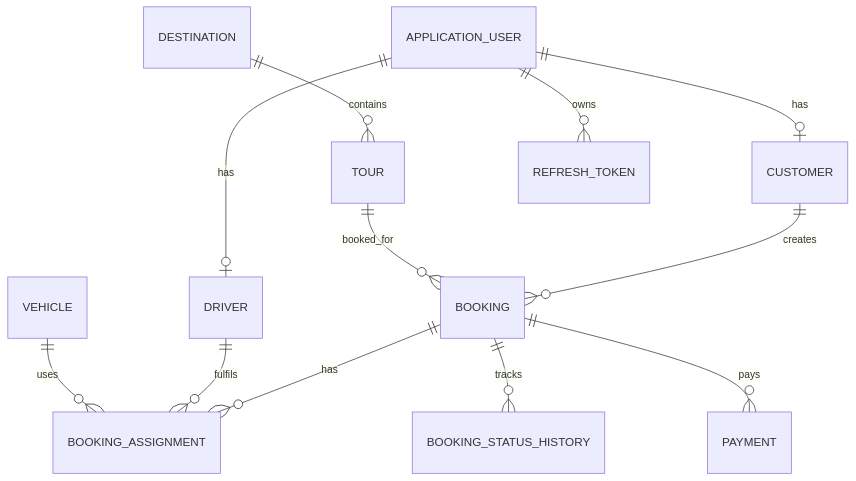
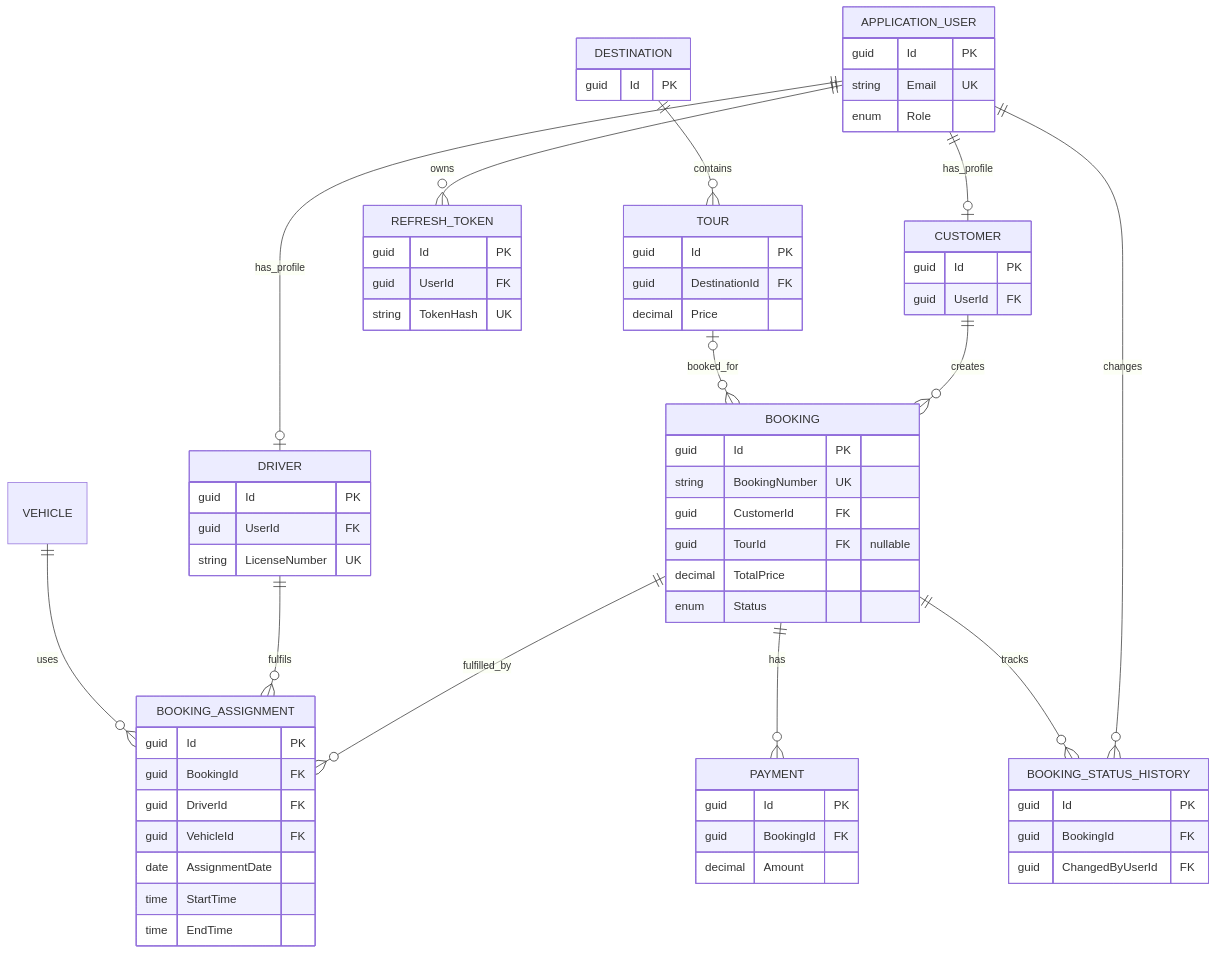
One commit to vaaakoo/TourFlow changed the diagram in docs/database/er-diagram.md. Above: the diagram before and after it, drawn with Mermaid. The commit also changed other lines of this file and 23 other files, not shown here.

````diff
--- a/docs/database/er-diagram.md
+++ b/docs/database/er-diagram.md
@@ -5,14 +5,70 @@
 ```mermaid
 erDiagram
-    APPLICATION_USER ||--o| CUSTOMER : has
-    APPLICATION_USER ||--o| DRIVER : has
+    APPLICATION_USER ||--o| CUSTOMER : has_profile
+    APPLICATION_USER ||--o| DRIVER : has_profile
+    APPLICATION_USER ||--o{ REFRESH_TOKEN : owns
+    APPLICATION_USER ||--o{ BOOKING_STATUS_HISTORY : changes
     CUSTOMER ||--o{ BOOKING : creates
     DESTINATION ||--o{ TOUR : contains
-    TOUR ||--o{ BOOKING : booked_for
-    BOOKING ||--o{ BOOKING_ASSIGNMENT : has
+    TOUR o|--o{ BOOKING : booked_for
+    BOOKING ||--o{ BOOKING_ASSIGNMENT : fulfilled_by
     DRIVER ||--o{ BOOKING_ASSIGNMENT : fulfils
     VEHICLE ||--o{ BOOKING_ASSIGNMENT : uses
     BOOKING ||--o{ BOOKING_STATUS_HISTORY : tracks
-    BOOKING ||--o{ PAYMENT : pays
-    APPLICATION_USER ||--o{ REFRESH_TOKEN : owns
+    BOOKING ||--o{ PAYMENT : has
+
+    APPLICATION_USER {
+        guid Id PK
+        string Email UK
+        enum Role
+    }
+    CUSTOMER {
+        guid Id PK
+        guid UserId FK
+    }
+    DRIVER {
+        guid Id PK
+        guid UserId FK
+        string LicenseNumber UK
+    }
+    DESTINATION {
+        guid Id PK
+    }
+    TOUR {
+        guid Id PK
+        guid DestinationId FK
+        decimal Price
+    }
+    BOOKING {
+        guid Id PK
+        string BookingNumber UK
+        guid CustomerId FK
+        guid TourId FK "nullable"
+        decimal TotalPrice
+        enum Status
+    }
+    BOOKING_ASSIGNMENT {
+        guid Id PK
+        guid BookingId FK
+        guid DriverId FK
+        guid VehicleId FK
+        date AssignmentDate
+        time StartTime
+        time EndTime
+    }
+    BOOKING_STATUS_HISTORY {
+        guid Id PK
+        guid BookingId FK
+        guid ChangedByUserId FK
+    }
+    PAYMENT {
+        guid Id PK
+        guid BookingId FK
+        decimal Amount
+    }
+    REFRESH_TOKEN {
+        guid Id PK
+        guid UserId FK
+        string TokenHash UK
+    }
 ```
````
